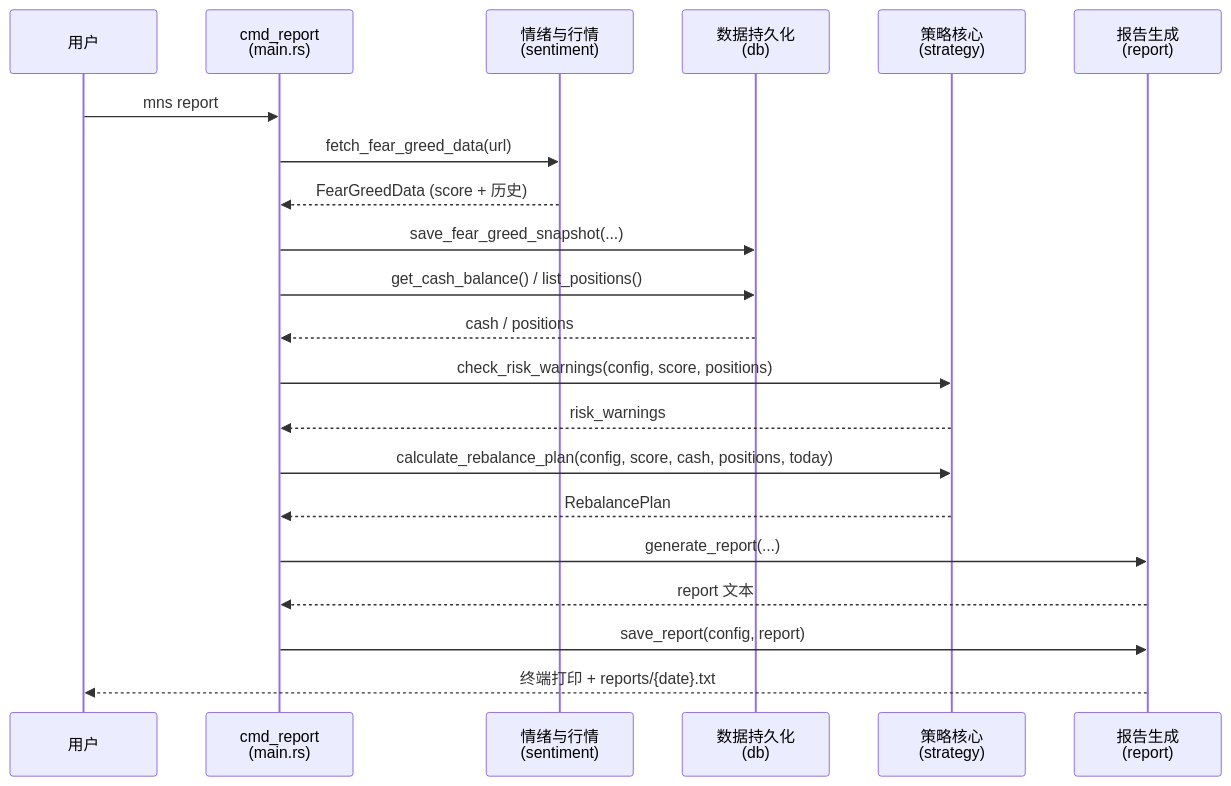
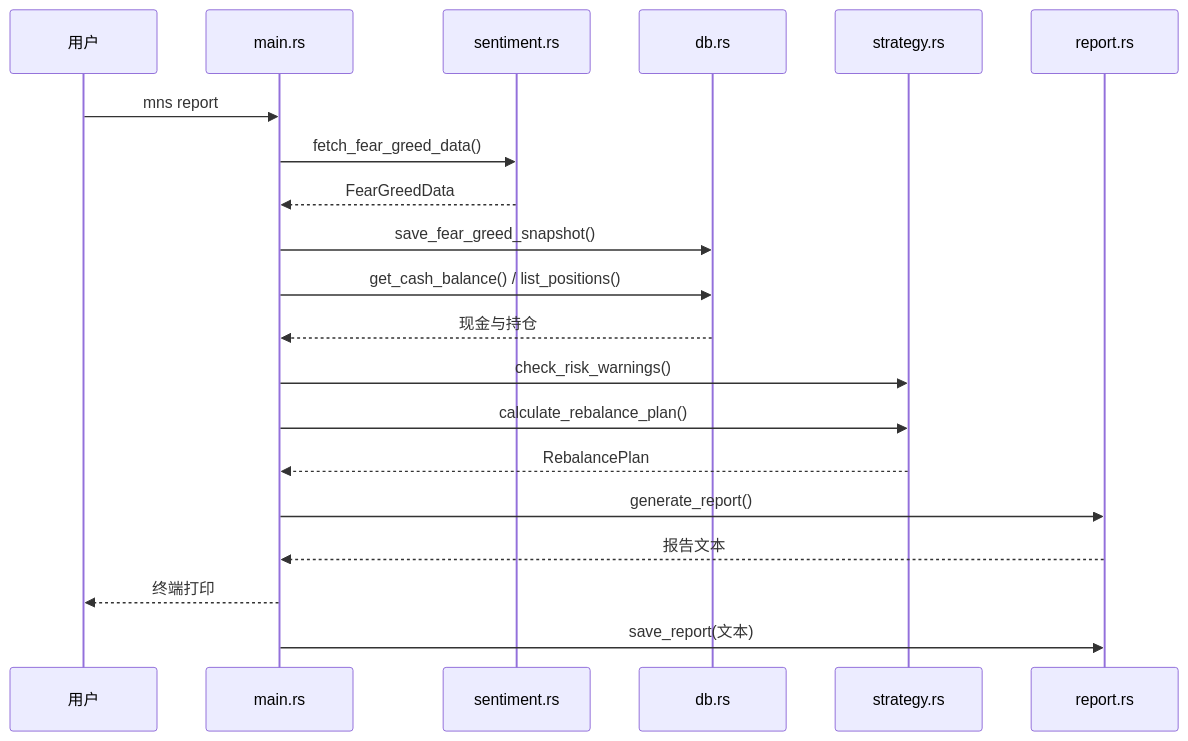
Before and after one commit to sopaco/money-never-sleep: the third of 9 diagrams in .terrain/human/3.工作流.md, drawn with Mermaid. The commit also changed other lines of this file and 59 other files, not shown here.

````diff
--- a/.terrain/human/3.工作流.md
+++ b/.terrain/human/3.工作流.md
@@ -23,24 +58,23 @@
 ```mermaid
 sequenceDiagram
     participant U as 用户
-    participant M as cmd_report<br/>(main.rs)
-    participant S as 情绪与行情<br/>(sentiment)
-    participant D as 数据持久化<br/>(db)
-    participant ST as 策略核心<br/>(strategy)
-    participant R as 报告生成<br/>(report)
+    participant M as main.rs
+    participant S as sentiment.rs
+    participant D as db.rs
+    participant ST as strategy.rs
+    participant R as report.rs
 
     U->>M: mns report
-    M->>S: fetch_fear_greed_data(url)
-    S-->>M: FearGreedData (score + 历史)
-    M->>D: save_fear_greed_snapshot(...)
+    M->>S: fetch_fear_greed_data()
+    S-->>M: FearGreedData
+    M->>D: save_fear_greed_snapshot()
     M->>D: get_cash_balance() / list_positions()
-    D-->>M: cash / positions
-    M->>ST: check_risk_warnings(config, score, positions)
-    ST-->>M: risk_warnings
-    M->>ST: calculate_rebalance_plan(config, score, cash, positions, today)
+    D-->>M: 现金与持仓
+    M->>ST: check_risk_warnings()
+    M->>ST: calculate_rebalance_plan()
     ST-->>M: RebalancePlan
-    M->>R: generate_report(...)
-    R-->>M: report 文本
-    M->>R: save_report(config, report)
-    R-->>U: 终端打印 + reports/{date}.txt
+    M->>R: generate_report()
+    R-->>M: 报告文本
+    M-->>U: 终端打印
+    M->>R: save_report(文本)
 ```
````
